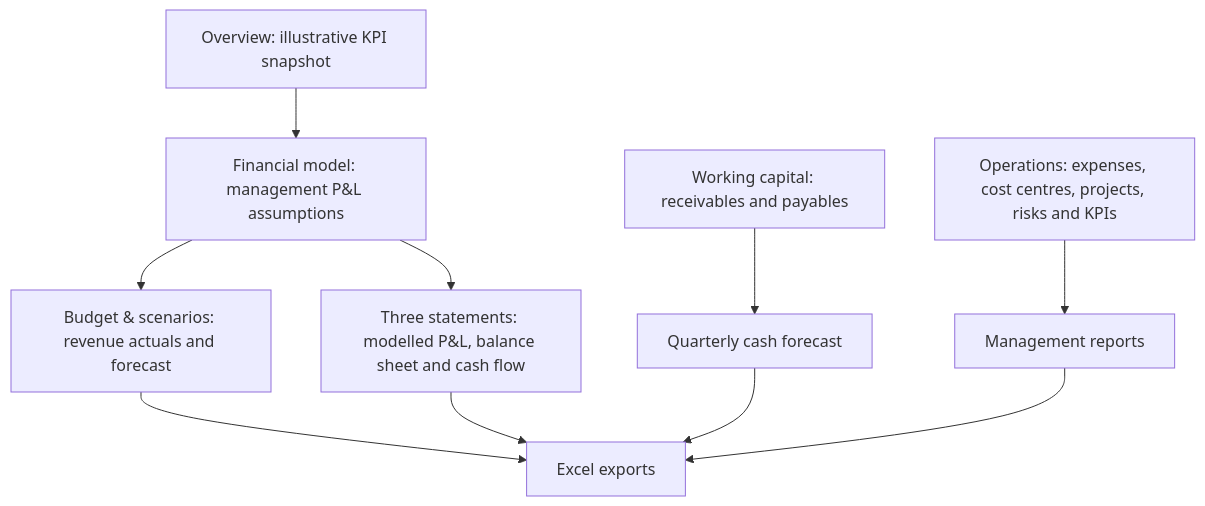
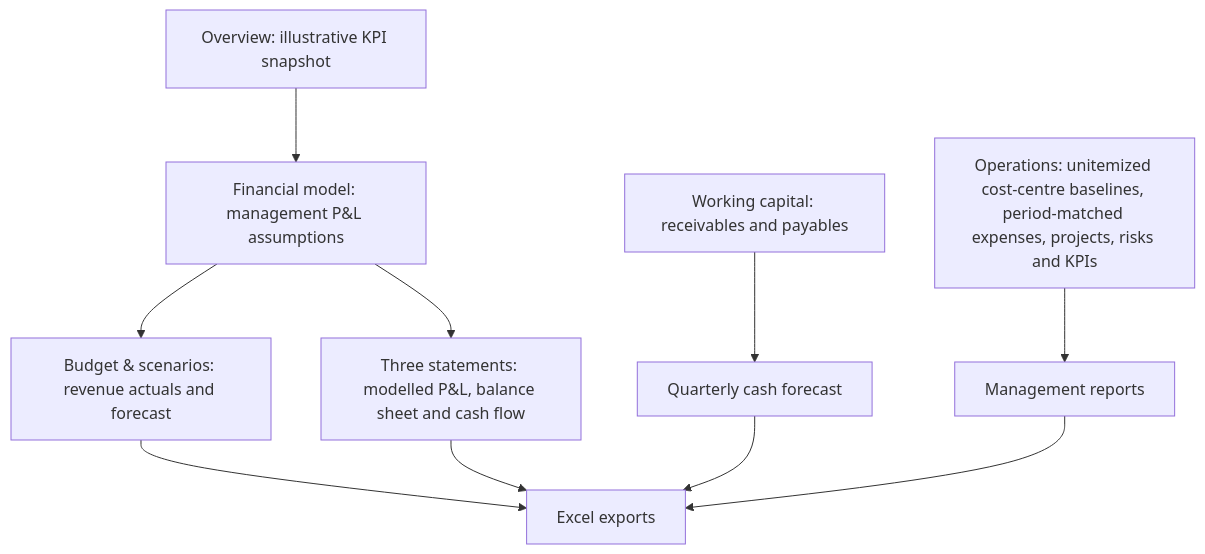
Before and after one commit to jaimefg19034/EnterpriseOS: the first of 2 diagrams in docs/core-finance-workflow.md, drawn with Mermaid. The commit also changed other lines of this file and 2 other files, not shown here.

Commit message:
Document expense-to-budget controls and complete Session 8

````diff
--- a/docs/core-finance-workflow.md
+++ b/docs/core-finance-workflow.md
@@ -14,12 +14,12 @@
 ```mermaid
 flowchart TD
   A[Overview: illustrative KPI snapshot] --> B[Financial model: management P&L assumptions]
   B --> C[Budget & scenarios: revenue actuals and forecast]
   B --> D[Three statements: modelled P&L, balance sheet and cash flow]
   E[Working capital: receivables and payables] --> F[Quarterly cash forecast]
-  G[Operations: expenses, cost centres, projects, risks and KPIs] --> H[Management reports]
+  G[Operations: unitemized cost-centre baselines, period-matched expenses, projects, risks and KPIs] --> H[Management reports]
   C --> I[Excel exports]
   D --> I
   F --> I
   H --> I
 ```
````
